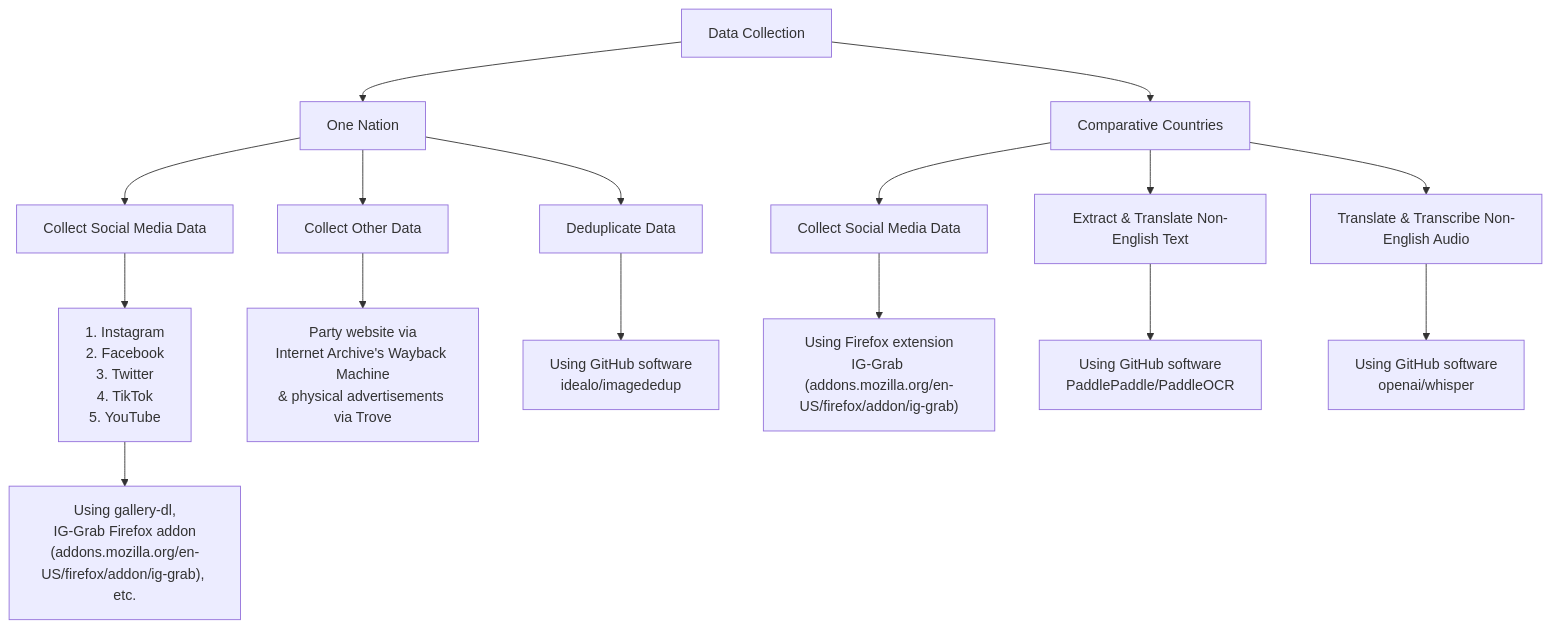
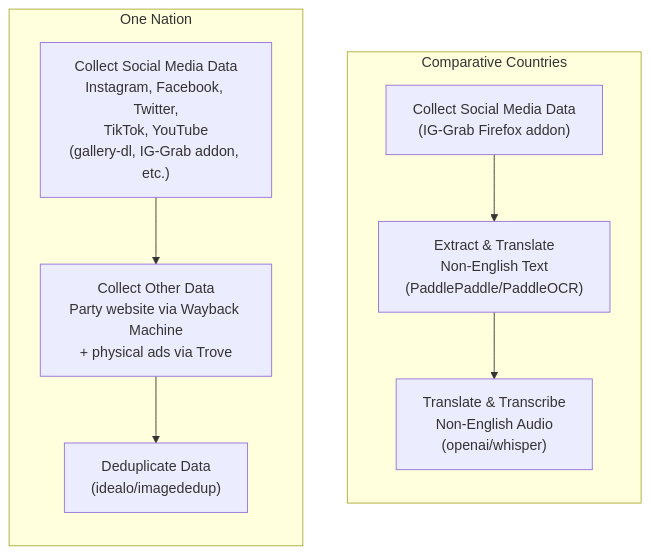
The diagram in README.md (synthetic-politics/data-pipeline), drawn with Mermaid before and after one commit. The commit also changed other lines of this file, not shown here.

````diff
--- a/README.md
+++ b/README.md
@@ -19,38 +8,29 @@
 ```mermaid
 flowchart TD
-    A[Data Collection] --> B[One Nation]
-    A --> C[Comparative Countries]
+    subgraph CC["Comparative Countries"]
+        direction TB
+        B1["Collect Social Media Data
+(IG-Grab Firefox addon)"]
+        B2["Extract & Translate
+Non-English Text
+(PaddlePaddle/PaddleOCR)"]
+        B3["Translate & Transcribe
+Non-English Audio
+(openai/whisper)"]
+        B1 --> B2 --> B3
+    end
 
-    %% One Nation branch
-    B --> B1[Collect Social Media Data]
-    B1 --> B1a["1. Instagram
-2. Facebook
-3. Twitter
-4. TikTok
-5. YouTube"]
-    B1a --> B1b["Using gallery-dl,
-IG-Grab Firefox addon
-(addons.mozilla.org/en-US/firefox/addon/ig-grab), etc."]
-
-    B --> B2[Collect Other Data]
-    B2 --> B2a["Party website via
-Internet Archive's Wayback Machine
-& physical advertisements via Trove"]
-
-    B --> B3[Deduplicate Data]
-    B3 --> B3a["Using GitHub software
-idealo/imagededup"]
-
-    %% Comparative Countries branch
-    C --> C1[Collect Social Media Data]
-    C1 --> C1a["Using Firefox extension
-IG-Grab (addons.mozilla.org/en-US/firefox/addon/ig-grab)"]
-
-    C --> C2[Extract & Translate Non-English Text]
-    C2 --> C2a["Using GitHub software
-PaddlePaddle/PaddleOCR"]
-
-    C --> C3[Translate & Transcribe Non-English Audio]
-    C3 --> C3a["Using GitHub software
-openai/whisper"]
+    subgraph ON["One Nation"]
+        direction TB
+        A1["Collect Social Media Data
+Instagram, Facebook, Twitter,
+TikTok, YouTube
+(gallery-dl, IG-Grab addon, etc.)"]
+        A2["Collect Other Data
+Party website via Wayback Machine
++ physical ads via Trove"]
+        A3["Deduplicate Data
+(idealo/imagededup)"]
+        A1 --> A2 --> A3
+    end
 ```
````
